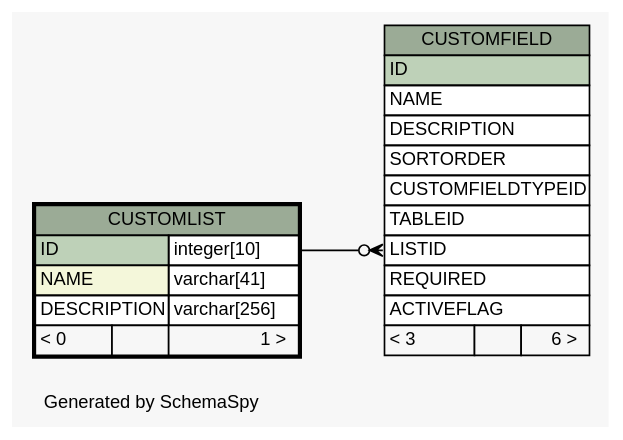
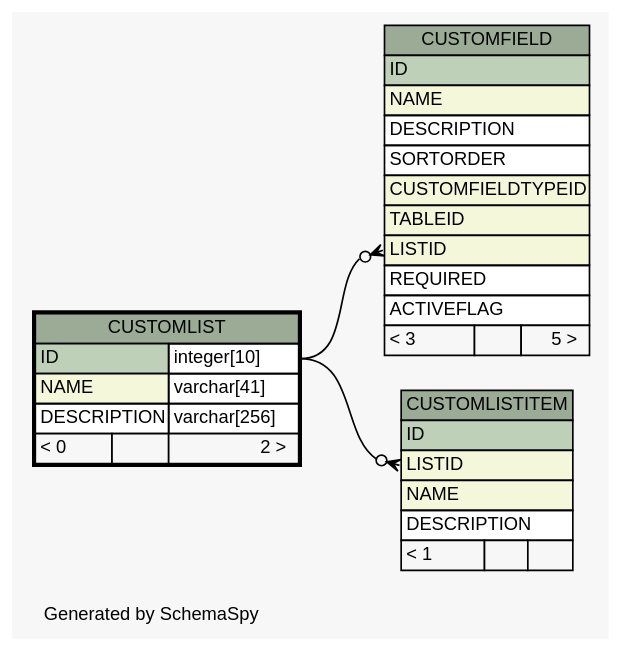
Before and after one commit to ilopez/FishbowlDataDictionary: the diagram in dictionary/Fishbowl2013.5/diagrams/CUSTOMLIST.1degree.dot, drawn with Graphviz. The commit also changed 958 other files, not shown here.

Commit message:
Fixed the folder structure and updated db with SQL updates, and re ran schemaspy

```diff
--- a/dictionary/Fishbowl2013.5/diagrams/CUSTOMLIST.1degree.dot
+++ b/dictionary/Fishbowl2013.5/diagrams/CUSTOMLIST.1degree.dot
@@ -1,53 +1,67 @@
 // dot 2.26.3 on Linux 3.5.0-34-generic
 // SchemaSpy rev 590
 digraph "oneDegreeRelationshipsDiagram" {
   graph [
     rankdir="RL"
     bgcolor="#f7f7f7"
     label="\nGenerated by SchemaSpy"
     labeljust="l"
     nodesep="0.18"
     ranksep="0.46"
     fontname="Helvetica"
     fontsize="11"
   ];
   node [
     fontname="Helvetica"
     fontsize="11"
     shape="plaintext"
   ];
   edge [
     arrowsize="0.8"
   ];
   "CUSTOMFIELD":"LISTID":w -> "CUSTOMLIST":"ID.type":e [arrowhead=none dir=back arrowtail=crowodot];
+  "CUSTOMLISTITEM":"LISTID":w -> "CUSTOMLIST":"ID.type":e [arrowhead=none dir=back arrowtail=crowodot];
   "CUSTOMFIELD" [
     label=<
     <TABLE BORDER="0" CELLBORDER="1" CELLSPACING="0" BGCOLOR="#ffffff">
       <TR><TD COLSPAN="3" BGCOLOR="#9bab96" ALIGN="CENTER">CUSTOMFIELD</TD></TR>
       <TR><TD PORT="ID" COLSPAN="3" BGCOLOR="#bed1b8" ALIGN="LEFT">ID</TD></TR>
-      <TR><TD PORT="NAME" COLSPAN="3" ALIGN="LEFT">NAME</TD></TR>
+      <TR><TD PORT="NAME" COLSPAN="3" BGCOLOR="#f4f7da" ALIGN="LEFT">NAME</TD></TR>
       <TR><TD PORT="DESCRIPTION" COLSPAN="3" ALIGN="LEFT">DESCRIPTION</TD></TR>
       <TR><TD PORT="SORTORDER" COLSPAN="3" ALIGN="LEFT">SORTORDER</TD></TR>
-      <TR><TD PORT="CUSTOMFIELDTYPEID" COLSPAN="3" ALIGN="LEFT">CUSTOMFIELDTYPEID</TD></TR>
-      <TR><TD PORT="TABLEID" COLSPAN="3" ALIGN="LEFT">TABLEID</TD></TR>
-      <TR><TD PORT="LISTID" COLSPAN="3" ALIGN="LEFT">LISTID</TD></TR>
+      <TR><TD PORT="CUSTOMFIELDTYPEID" COLSPAN="3" BGCOLOR="#f4f7da" ALIGN="LEFT">CUSTOMFIELDTYPEID</TD></TR>
+      <TR><TD PORT="TABLEID" COLSPAN="3" BGCOLOR="#f4f7da" ALIGN="LEFT">TABLEID</TD></TR>
+      <TR><TD PORT="LISTID" COLSPAN="3" BGCOLOR="#f4f7da" ALIGN="LEFT">LISTID</TD></TR>
       <TR><TD PORT="REQUIRED" COLSPAN="3" ALIGN="LEFT">REQUIRED</TD></TR>
       <TR><TD PORT="ACTIVEFLAG" COLSPAN="3" ALIGN="LEFT">ACTIVEFLAG</TD></TR>
-      <TR><TD ALIGN="LEFT" BGCOLOR="#f7f7f7">&lt; 3</TD><TD ALIGN="RIGHT" BGCOLOR="#f7f7f7">  </TD><TD ALIGN="RIGHT" BGCOLOR="#f7f7f7">6 &gt;</TD></TR>
+      <TR><TD ALIGN="LEFT" BGCOLOR="#f7f7f7">&lt; 3</TD><TD ALIGN="RIGHT" BGCOLOR="#f7f7f7">  </TD><TD ALIGN="RIGHT" BGCOLOR="#f7f7f7">5 &gt;</TD></TR>
     </TABLE>>
     URL="CUSTOMFIELD.html"
     tooltip="CUSTOMFIELD"
   ];
   "CUSTOMLIST" [
     label=<
     <TABLE BORDER="2" CELLBORDER="1" CELLSPACING="0" BGCOLOR="#ffffff">
       <TR><TD COLSPAN="3" BGCOLOR="#9bab96" ALIGN="CENTER">CUSTOMLIST</TD></TR>
       <TR><TD PORT="ID" COLSPAN="2" BGCOLOR="#bed1b8" ALIGN="LEFT">ID</TD><TD PORT="ID.type" ALIGN="LEFT">integer[10]</TD></TR>
       <TR><TD PORT="NAME" COLSPAN="2" BGCOLOR="#f4f7da" ALIGN="LEFT">NAME</TD><TD PORT="NAME.type" ALIGN="LEFT">varchar[41]</TD></TR>
       <TR><TD PORT="DESCRIPTION" COLSPAN="2" ALIGN="LEFT">DESCRIPTION</TD><TD PORT="DESCRIPTION.type" ALIGN="LEFT">varchar[256]</TD></TR>
-      <TR><TD ALIGN="LEFT" BGCOLOR="#f7f7f7">&lt; 0</TD><TD ALIGN="RIGHT" BGCOLOR="#f7f7f7">  </TD><TD ALIGN="RIGHT" BGCOLOR="#f7f7f7">1 &gt;</TD></TR>
+      <TR><TD ALIGN="LEFT" BGCOLOR="#f7f7f7">&lt; 0</TD><TD ALIGN="RIGHT" BGCOLOR="#f7f7f7">  </TD><TD ALIGN="RIGHT" BGCOLOR="#f7f7f7">2 &gt;</TD></TR>
     </TABLE>>
     URL="CUSTOMLIST.html"
     tooltip="CUSTOMLIST"
   ];
+  "CUSTOMLISTITEM" [
+    label=<
+    <TABLE BORDER="0" CELLBORDER="1" CELLSPACING="0" BGCOLOR="#ffffff">
+      <TR><TD COLSPAN="3" BGCOLOR="#9bab96" ALIGN="CENTER">CUSTOMLISTITEM</TD></TR>
+      <TR><TD PORT="ID" COLSPAN="3" BGCOLOR="#bed1b8" ALIGN="LEFT">ID</TD></TR>
+      <TR><TD PORT="LISTID" COLSPAN="3" BGCOLOR="#f4f7da" ALIGN="LEFT">LISTID</TD></TR>
+      <TR><TD PORT="NAME" COLSPAN="3" BGCOLOR="#f4f7da" ALIGN="LEFT">NAME</TD></TR>
+      <TR><TD PORT="DESCRIPTION" COLSPAN="3" ALIGN="LEFT">DESCRIPTION</TD></TR>
+      <TR><TD ALIGN="LEFT" BGCOLOR="#f7f7f7">&lt; 1</TD><TD ALIGN="RIGHT" BGCOLOR="#f7f7f7">  </TD><TD ALIGN="RIGHT" BGCOLOR="#f7f7f7">  </TD></TR>
+    </TABLE>>
+    URL="CUSTOMLISTITEM.html"
+    tooltip="CUSTOMLISTITEM"
+  ];
 }
```
